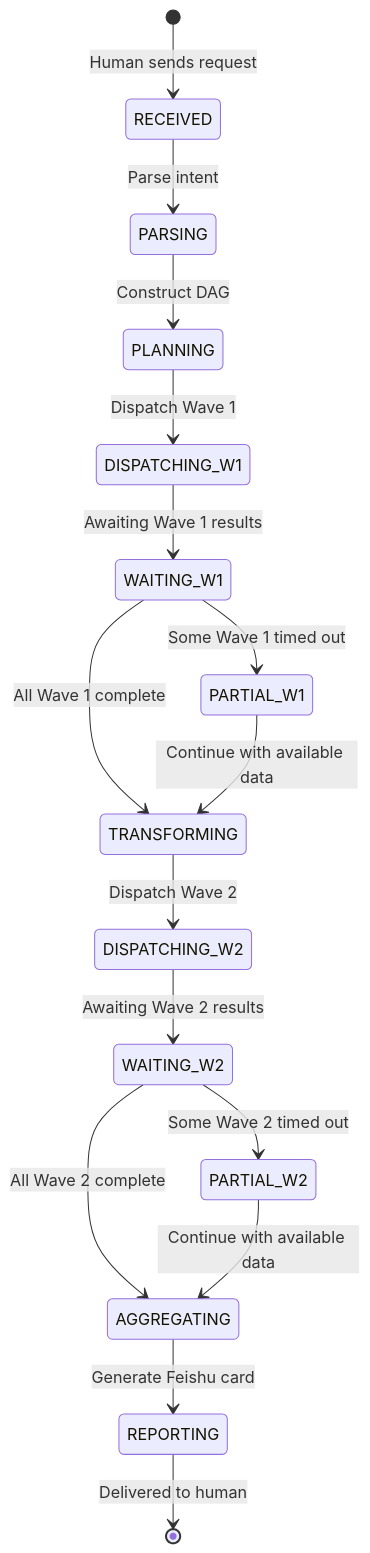
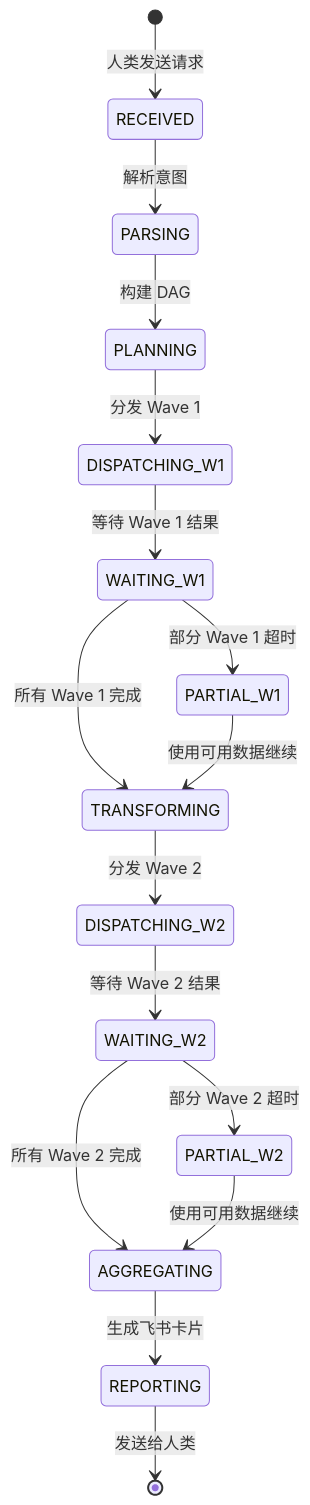
The fifth of 6 diagrams in plans/PLAN-lead-orchestrator.md (chan-kinghin/e-commerce-claw), drawn with Mermaid before and after one commit. The commit also changed other lines of this file and 55 other files, not shown here.

````diff
--- a/plans/PLAN-lead-orchestrator.md
+++ b/plans/PLAN-lead-orchestrator.md
@@ -416,18 +416,18 @@
 ```mermaid
 stateDiagram-v2
-    [*] --> RECEIVED: Human sends request
-    RECEIVED --> PARSING: Parse intent
-    PARSING --> PLANNING: Construct DAG
-    PLANNING --> DISPATCHING_W1: Dispatch Wave 1
-    DISPATCHING_W1 --> WAITING_W1: Awaiting Wave 1 results
-    WAITING_W1 --> TRANSFORMING: All Wave 1 complete
-    WAITING_W1 --> PARTIAL_W1: Some Wave 1 timed out
-    PARTIAL_W1 --> TRANSFORMING: Continue with available data
-    TRANSFORMING --> DISPATCHING_W2: Dispatch Wave 2
-    DISPATCHING_W2 --> WAITING_W2: Awaiting Wave 2 results
-    WAITING_W2 --> AGGREGATING: All Wave 2 complete
-    WAITING_W2 --> PARTIAL_W2: Some Wave 2 timed out
-    PARTIAL_W2 --> AGGREGATING: Continue with available data
-    AGGREGATING --> REPORTING: Generate Feishu card
-    REPORTING --> [*]: Delivered to human
+    [*] --> RECEIVED: 人类发送请求
+    RECEIVED --> PARSING: 解析意图
+    PARSING --> PLANNING: 构建 DAG
+    PLANNING --> DISPATCHING_W1: 分发 Wave 1
+    DISPATCHING_W1 --> WAITING_W1: 等待 Wave 1 结果
+    WAITING_W1 --> TRANSFORMING: 所有 Wave 1 完成
+    WAITING_W1 --> PARTIAL_W1: 部分 Wave 1 超时
+    PARTIAL_W1 --> TRANSFORMING: 使用可用数据继续
+    TRANSFORMING --> DISPATCHING_W2: 分发 Wave 2
+    DISPATCHING_W2 --> WAITING_W2: 等待 Wave 2 结果
+    WAITING_W2 --> AGGREGATING: 所有 Wave 2 完成
+    WAITING_W2 --> PARTIAL_W2: 部分 Wave 2 超时
+    PARTIAL_W2 --> AGGREGATING: 使用可用数据继续
+    AGGREGATING --> REPORTING: 生成飞书卡片
+    REPORTING --> [*]: 发送给人类
 ```
````
